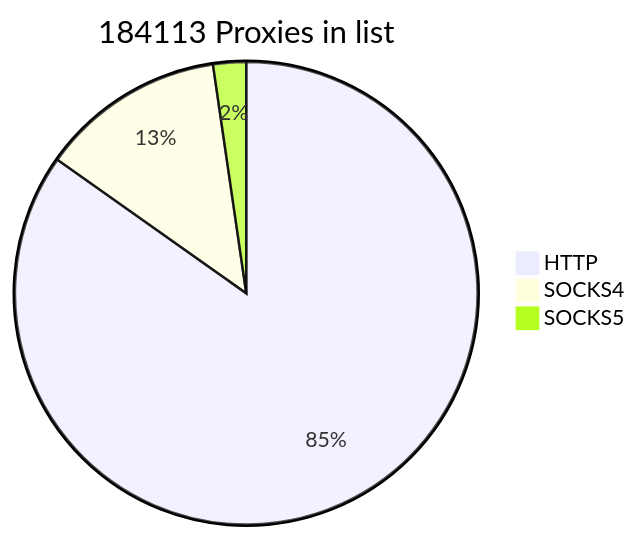
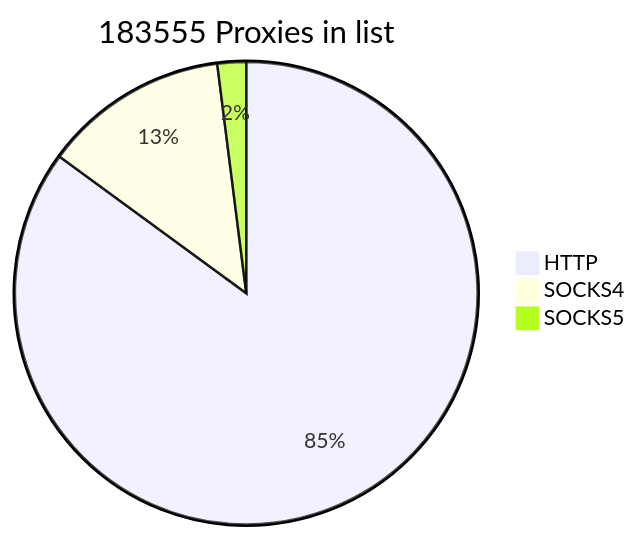
Before and after one commit to cutipu/proxylist: the first of 2 diagrams in README.md, drawn with Mermaid. The commit also changed other lines of this file, not shown here.

````diff
--- a/README.md
+++ b/README.md
@@ -2,7 +2,7 @@
 ```mermaid
-pie title 184113 Proxies in list
+pie title 183555 Proxies in list
     "HTTP" : 156125
-    "SOCKS4" : 23748
-    "SOCKS5" : 4240
+    "SOCKS4" : 23747
+    "SOCKS5" : 3683
             
 ```
````
